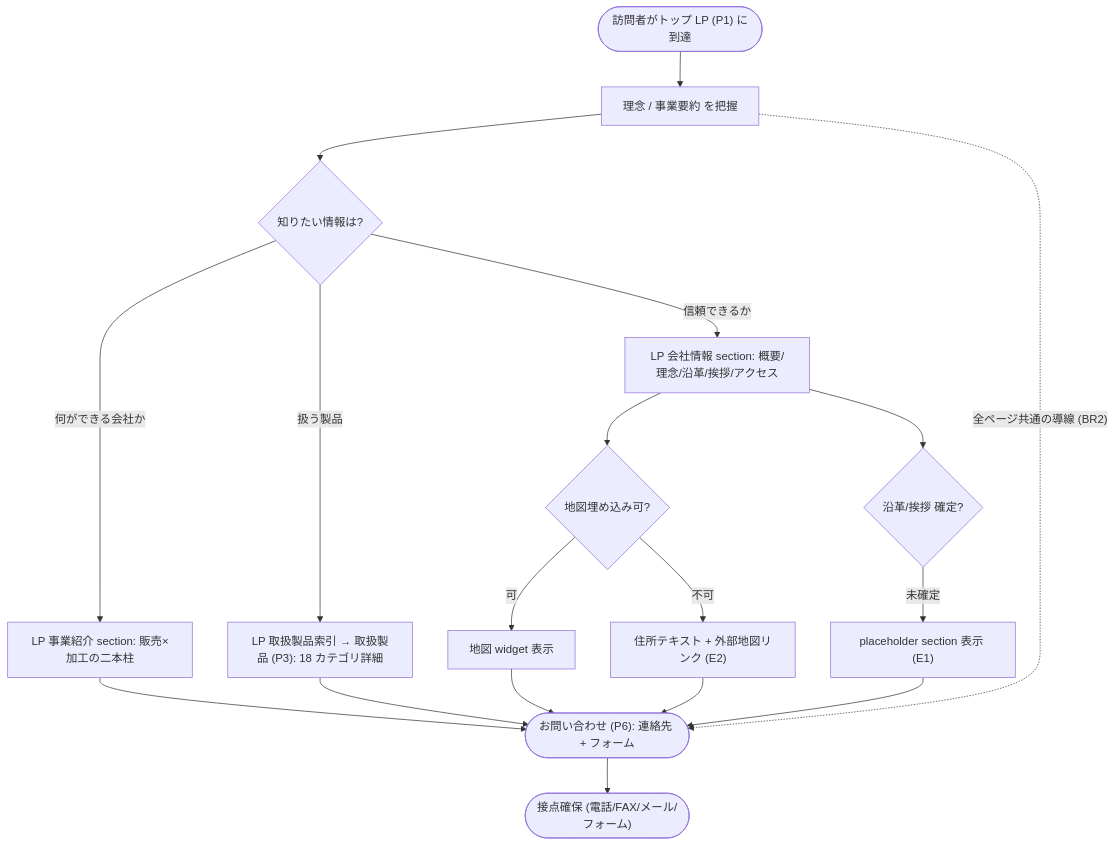
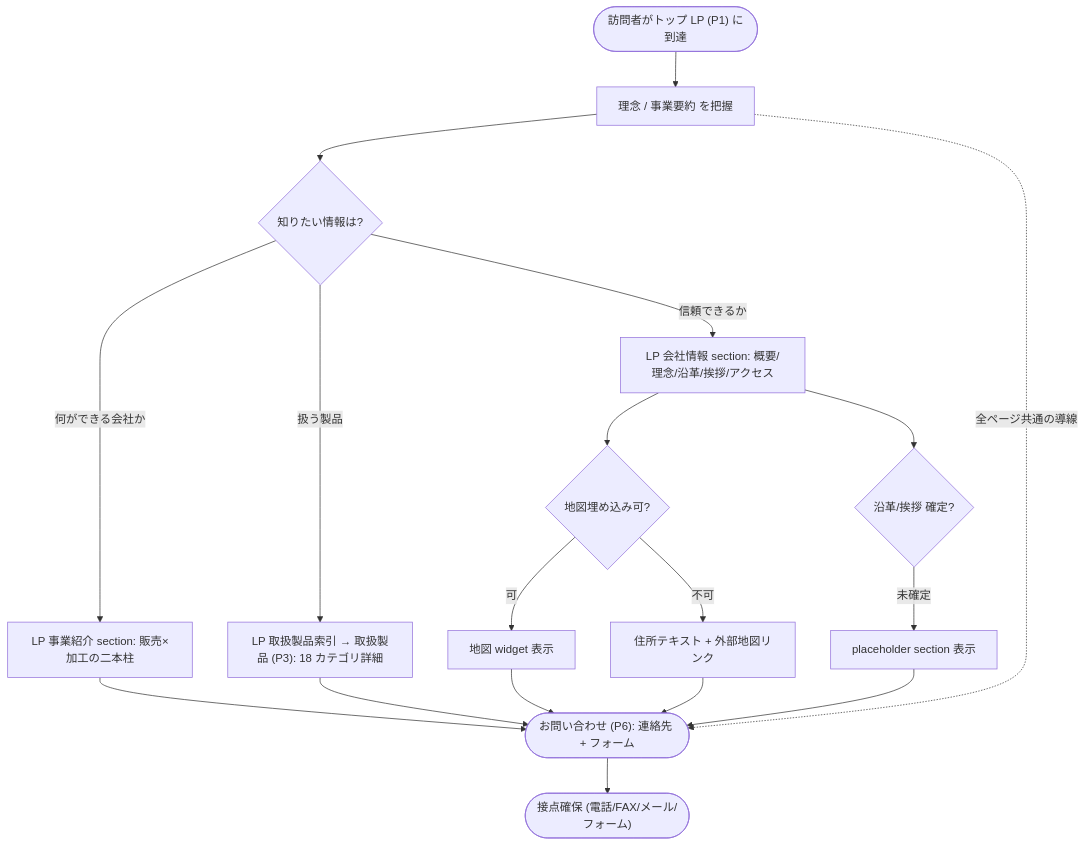
One commit to Fukuemon/kufu-apps changed the fourth of 5 diagrams in design/features/corporate-site/DesignDoc_corporate-site.md. Above: the diagram before and after it, drawn with Mermaid. The commit also changed other lines of this file and 23 other files, not shown here.

````diff
--- a/design/features/corporate-site/DesignDoc_corporate-site.md
+++ b/design/features/corporate-site/DesignDoc_corporate-site.md
@@ -297,22 +312,22 @@
 ```mermaid
 flowchart TD
     Start(["訪問者がトップ LP (P1) に到達"]) --> Hero["理念 / 事業要約 を把握"]
     Hero --> Decide{"知りたい情報は?"}
     Decide -->|"何ができる会社か"| Services["LP 事業紹介 section: 販売×加工の二本柱"]
     Decide -->|"扱う製品"| Products["LP 取扱製品索引 → 取扱製品 (P3): 18 カテゴリ詳細"]
     Decide -->|"信頼できるか"| Company["LP 会社情報 section: 概要/理念/沿革/挨拶/アクセス"]
 
     Company --> MapCheck{"地図埋め込み可?"}
     MapCheck -->|"可"| MapEmbed["地図 widget 表示"]
-    MapCheck -->|"不可"| MapLink["住所テキスト + 外部地図リンク (E2)"]
+    MapCheck -->|"不可"| MapLink["住所テキスト + 外部地図リンク"]
     Company --> ContentCheck{"沿革/挨拶 確定?"}
-    ContentCheck -->|"未確定"| Placeholder["placeholder section 表示 (E1)"]
+    ContentCheck -->|"未確定"| Placeholder["placeholder section 表示"]
 
     Services --> Contact
     Products --> Contact
     MapEmbed --> Contact
     MapLink --> Contact
     Placeholder --> Contact
-    Hero -.->|"全ページ共通の導線 (BR2)"| Contact
+    Hero -.->|"全ページ共通の導線"| Contact
     Contact(["お問い合わせ (P6): 連絡先 + フォーム"]) --> Goal(["接点確保 (電話/FAX/メール/フォーム)"])
 ```
````
